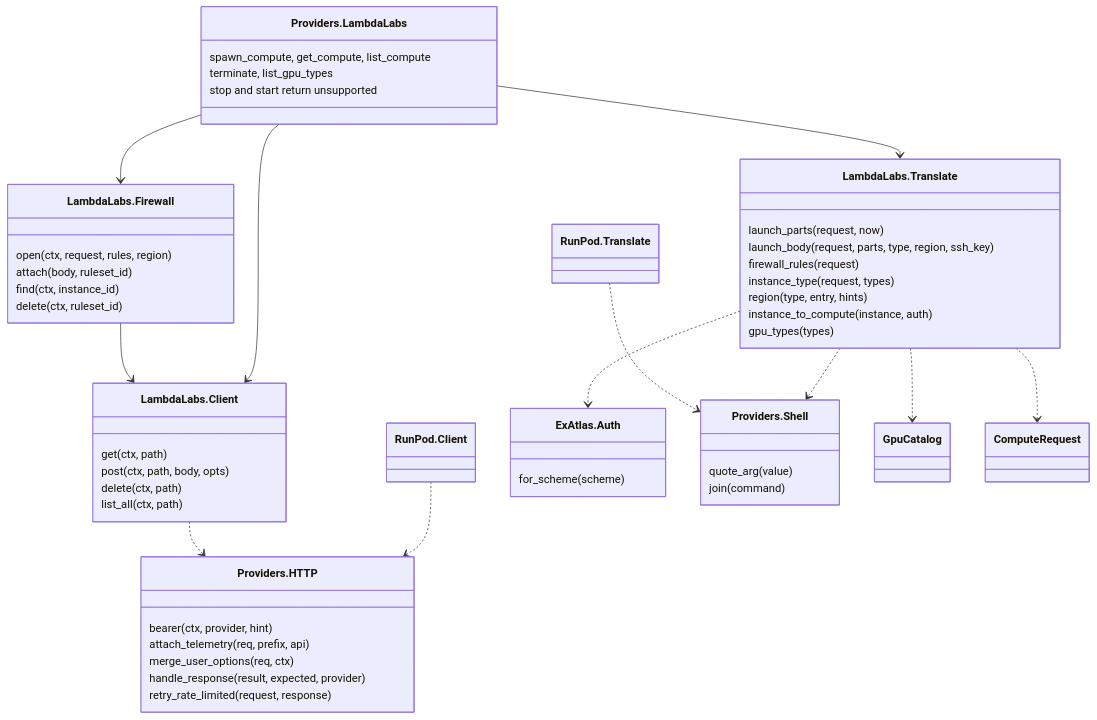
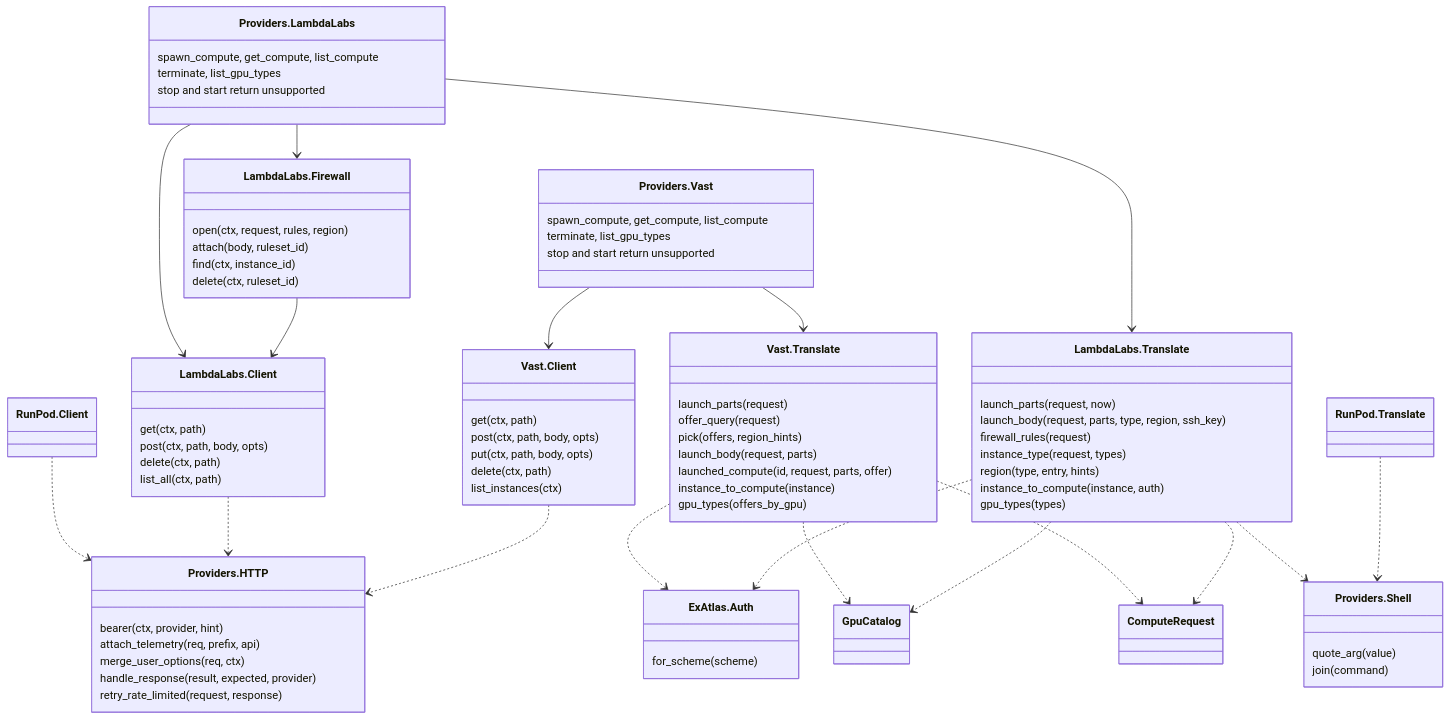
The seventh of 7 diagrams in docs/architecture.md (udin-io/ex_atlas), drawn with Mermaid before and after one commit. The commit also changed other lines of this file and 24 other files, not shown here.

First line of the commit message:
Vast.ai: spawn, read, list and terminate on-demand instances (slice 1) (#102)

```diff
--- a/docs/architecture.md
+++ b/docs/architecture.md
@@ -300,9 +341,36 @@
     quote_arg(value)
     join(command)
   }
+  class Vast["Providers.Vast"] {
+    spawn_compute, get_compute, list_compute
+    terminate, list_gpu_types
+    stop and start return unsupported
+  }
+  class VastClient["Vast.Client"] {
+    get(ctx, path)
+    post(ctx, path, body, opts)
+    put(ctx, path, body, opts)
+    delete(ctx, path)
+    list_instances(ctx)
+  }
+  class VastTranslate["Vast.Translate"] {
+    launch_parts(request)
+    offer_query(request)
+    pick(offers, region_hints)
+    launch_body(request, parts)
+    launched_compute(id, request, parts, offer)
+    instance_to_compute(instance)
+    gpu_types(offers_by_gpu)
+  }
   class RunPodTranslate["RunPod.Translate"]
   RunPodClient ..> HTTP
   LambdaClient ..> HTTP
+  VastClient ..> HTTP
+  Vast --> VastClient
+  Vast --> VastTranslate
+  VastTranslate ..> Auth
+  VastTranslate ..> GpuCatalog
+  VastTranslate ..> ComputeRequest
   LambdaLabs --> LambdaClient
   LambdaLabs --> LambdaTranslate
   LambdaLabs --> LambdaFirewall
```
